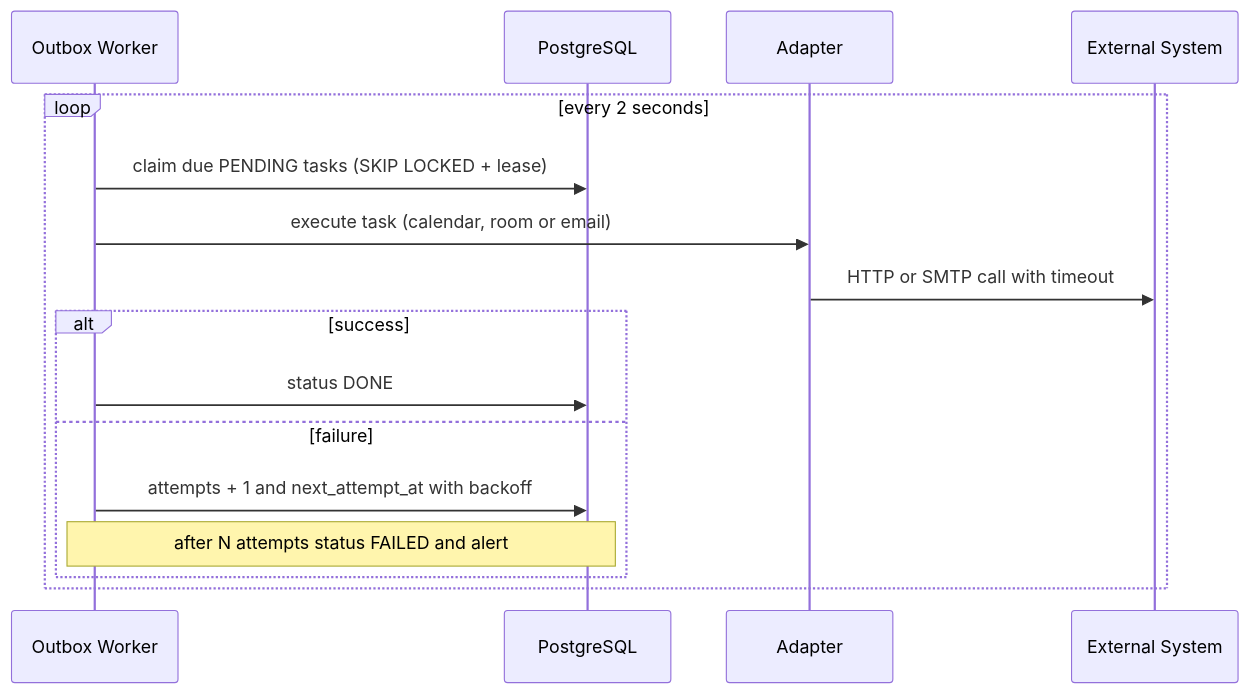
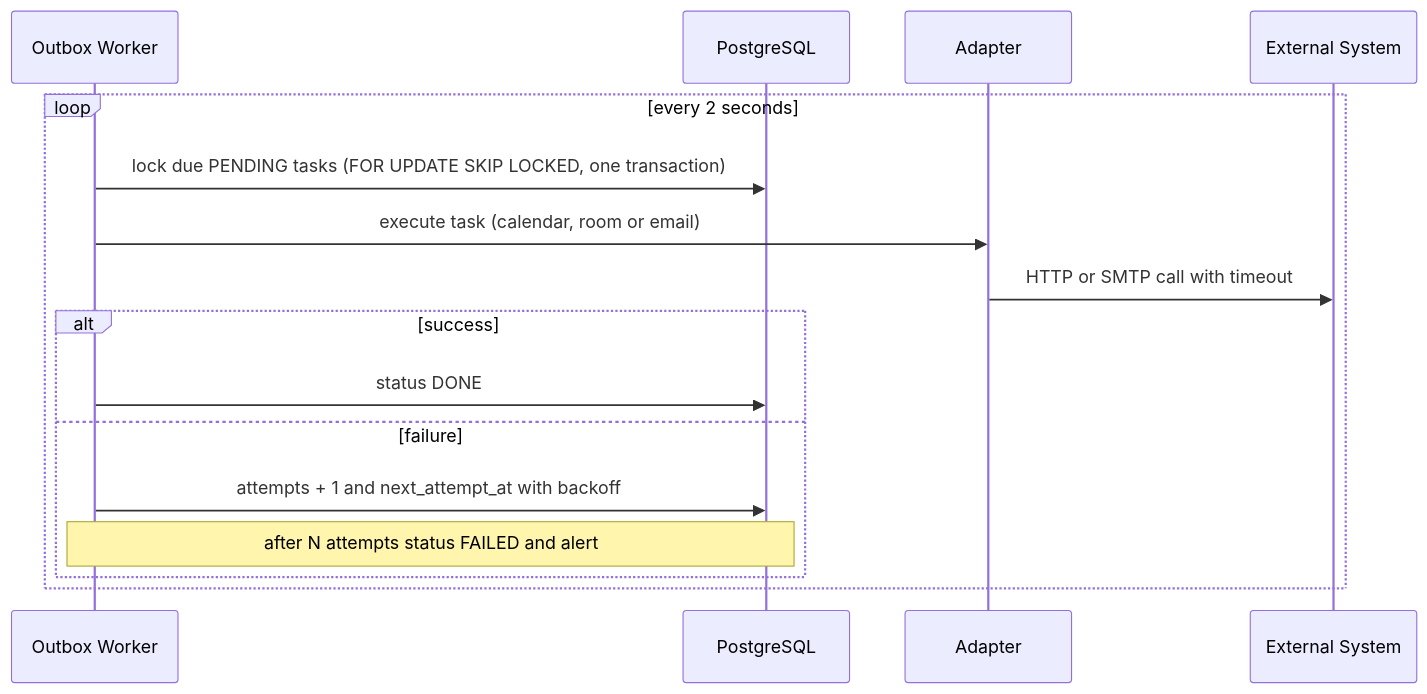
The third of 5 diagrams in docs/excalidraw-diagrams.md (paulotrevizan/appointments-api), drawn with Mermaid before and after one commit. The commit also changed other lines of this file and 28 other files, not shown here.

````diff
--- a/docs/excalidraw-diagrams.md
+++ b/docs/excalidraw-diagrams.md
@@ -67,19 +67,19 @@
 ```mermaid
 sequenceDiagram
   participant W as Outbox Worker
   participant DB as PostgreSQL
   participant AD as Adapter
   participant EXT as External System
 
   loop every 2 seconds
-    W->>DB: claim due PENDING tasks (SKIP LOCKED + lease)
+    W->>DB: lock due PENDING tasks (FOR UPDATE SKIP LOCKED, one transaction)
     W->>AD: execute task (calendar, room or email)
     AD->>EXT: HTTP or SMTP call with timeout
     alt success
       W->>DB: status DONE
     else failure
       W->>DB: attempts + 1 and next_attempt_at with backoff
       Note over W,DB: after N attempts status FAILED and alert
     end
   end
 ```
````
